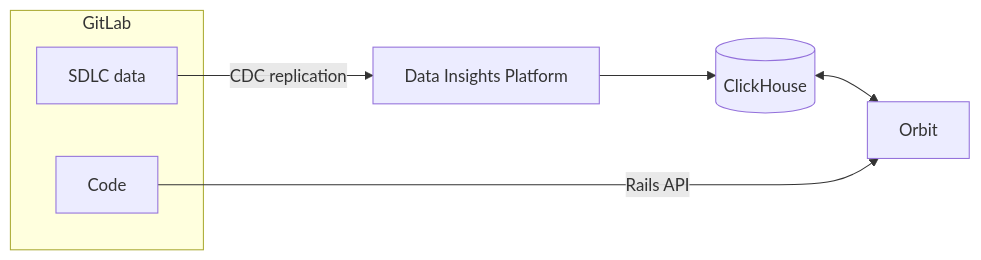
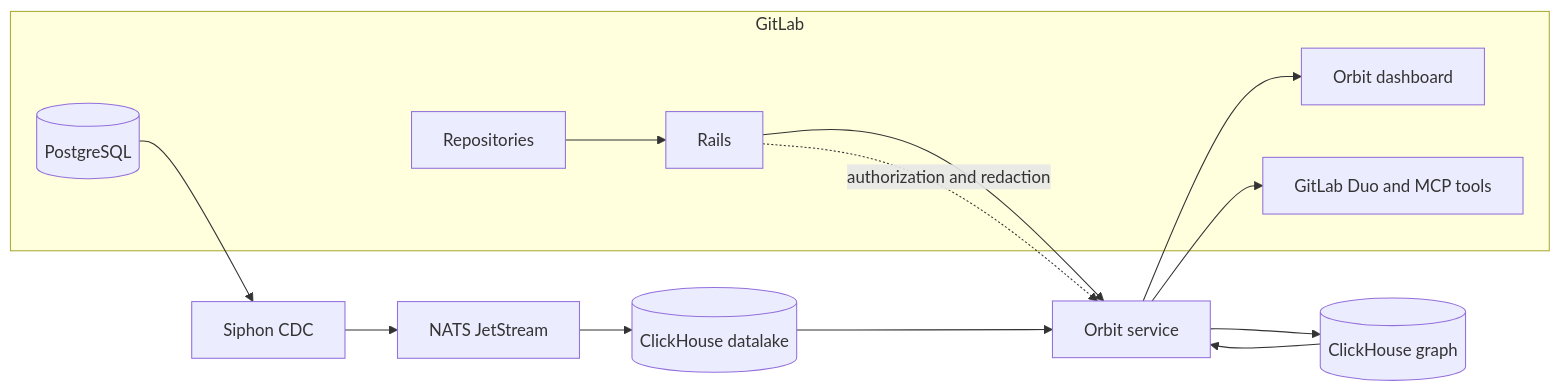
One commit to gitlabhq/orbit-knowledge-graph changed the diagram in docs/source/_index.md. Above: the diagram before and after it, drawn with Mermaid. The commit also changed other lines of this file and 10 other files, not shown here.

Commit message:
docs(orbit): improve knowledge graph documentation

````diff
--- a/docs/source/_index.md
+++ b/docs/source/_index.md
@@ -85,15 +97,25 @@
 ```mermaid
 flowchart LR
-    accTitle: Orbit architecture overview
-    accDescr: SDLC data from GitLab is replicated via CDC to the Data Insights Platform, which writes to ClickHouse. Orbit reads and writes graph tables in ClickHouse, and indexes code through an internal API.
+    accTitle: Orbit deployed service overview
+    accDescr: GitLab SDLC data flows through Siphon and NATS into ClickHouse. Orbit indexes graph tables in ClickHouse, fetches code through GitLab APIs, and serves queries to the dashboard, API, Duo, and MCP tools.
 
     subgraph GitLab
-        SDLC[SDLC data]
-        Code[Code]
+        Rails[Rails]
+        Postgres[(PostgreSQL)]
+        Code[Repositories]
+        Dashboard[Orbit dashboard]
+        Duo[GitLab Duo and MCP tools]
     end
 
-    SDLC -- CDC replication --> DIP[Data Insights Platform]
-    DIP --> CH[(ClickHouse)]
-    CH <--> GKG[Orbit]
-    Code -- Rails API --> GKG
+    Postgres --> Siphon[Siphon CDC]
+    Siphon --> NATS[NATS JetStream]
+    NATS --> Lake[(ClickHouse datalake)]
+    Lake --> Orbit[Orbit service]
+    Code --> Rails
+    Rails --> Orbit
+    Orbit --> Graph[(ClickHouse graph)]
+    Graph --> Orbit
+    Orbit --> Dashboard
+    Orbit --> Duo
+    Rails -. authorization and redaction .-> Orbit
 ```
````
